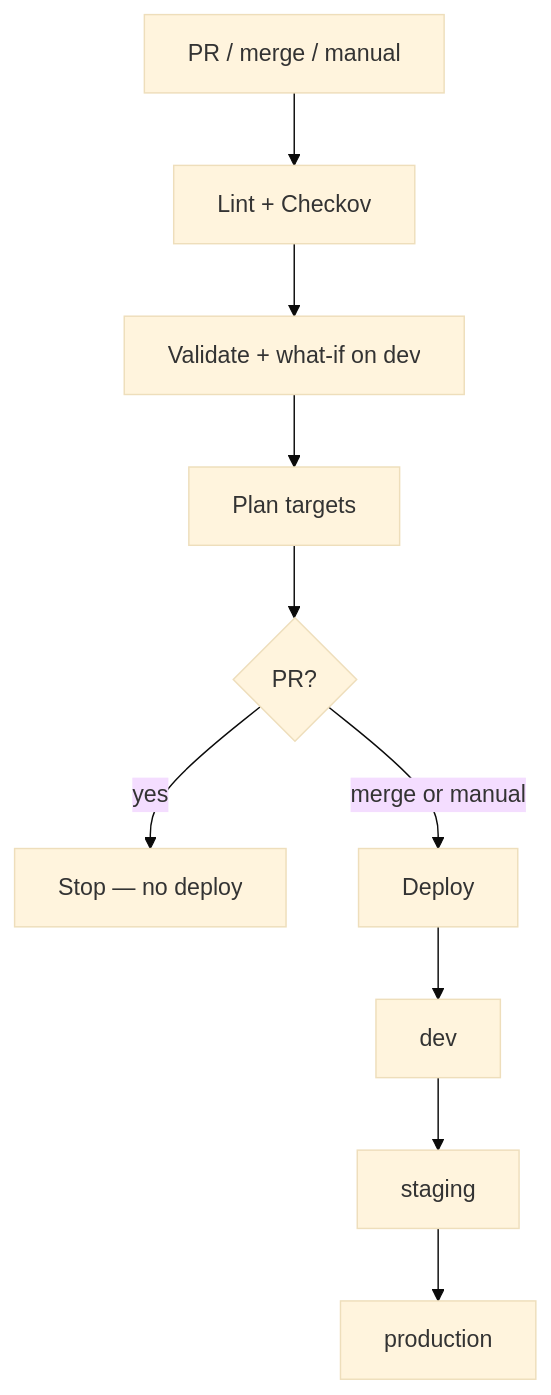
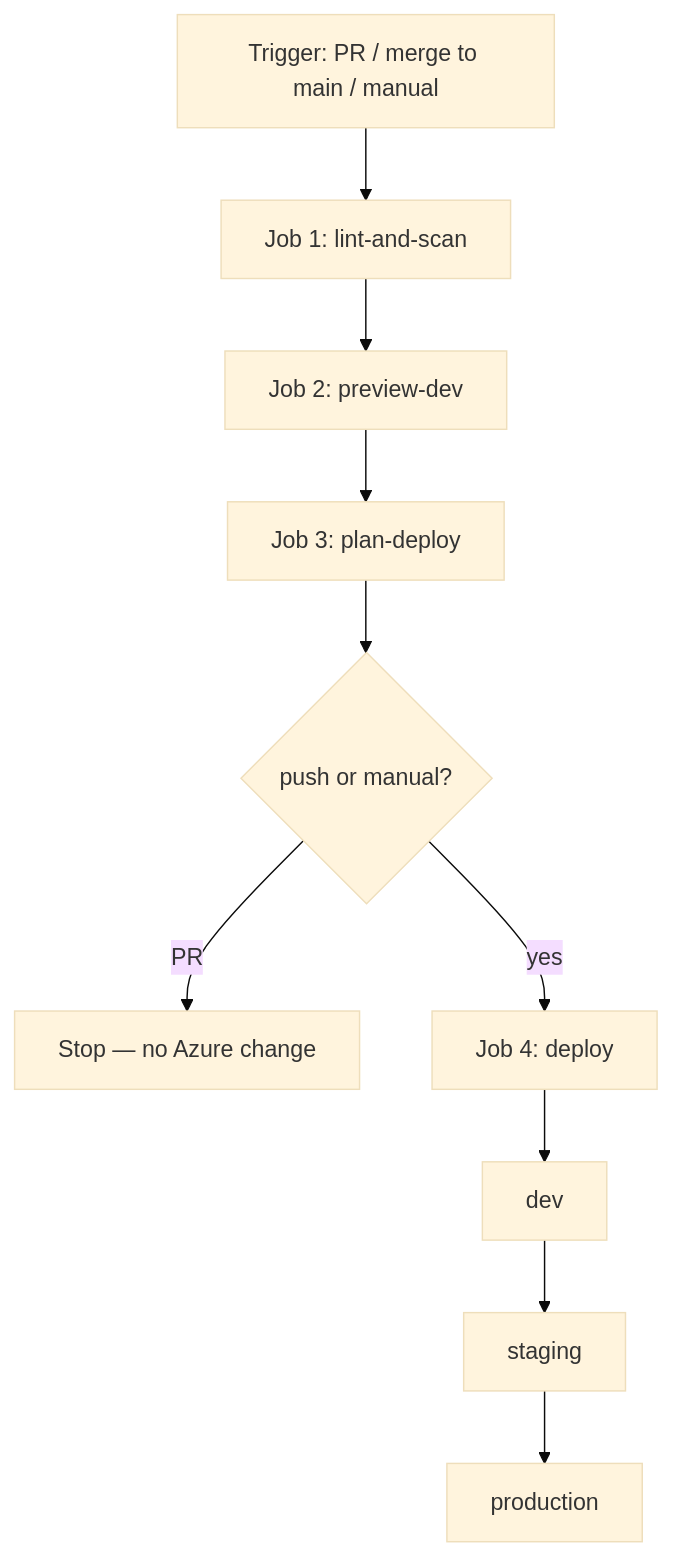
One commit to azdevopstraining/infra-cloud changed the diagram in README.md. Above: the diagram before and after it, drawn with Mermaid (base theme). The commit also changed other lines of this file, not shown here.

````diff
--- a/README.md
+++ b/README.md
@@ -178,12 +182,12 @@
 ```mermaid
 flowchart TD
-  A["PR / merge / manual"] --> B["Lint + Checkov"]
-  B --> C["Validate + what-if on dev"]
-  C --> D["Plan targets"]
-  D --> E{"PR?"}
-  E -->|yes| F["Stop — no deploy"]
-  E -->|merge or manual| G["Deploy"]
-  G --> H["dev"]
-  H --> I["staging"]
-  I --> J["production"]
+  T["Trigger: PR / merge to main / manual"] --> J1["Job 1: lint-and-scan"]
+  J1 --> J2["Job 2: preview-dev"]
+  J2 --> J3["Job 3: plan-deploy"]
+  J3 --> D{"push or manual?"}
+  D -->|PR| Stop["Stop — no Azure change"]
+  D -->|yes| J4["Job 4: deploy"]
+  J4 --> Dev["dev"]
+  Dev --> Stg["staging"]
+  Stg --> Prd["production"]
 ```
````
